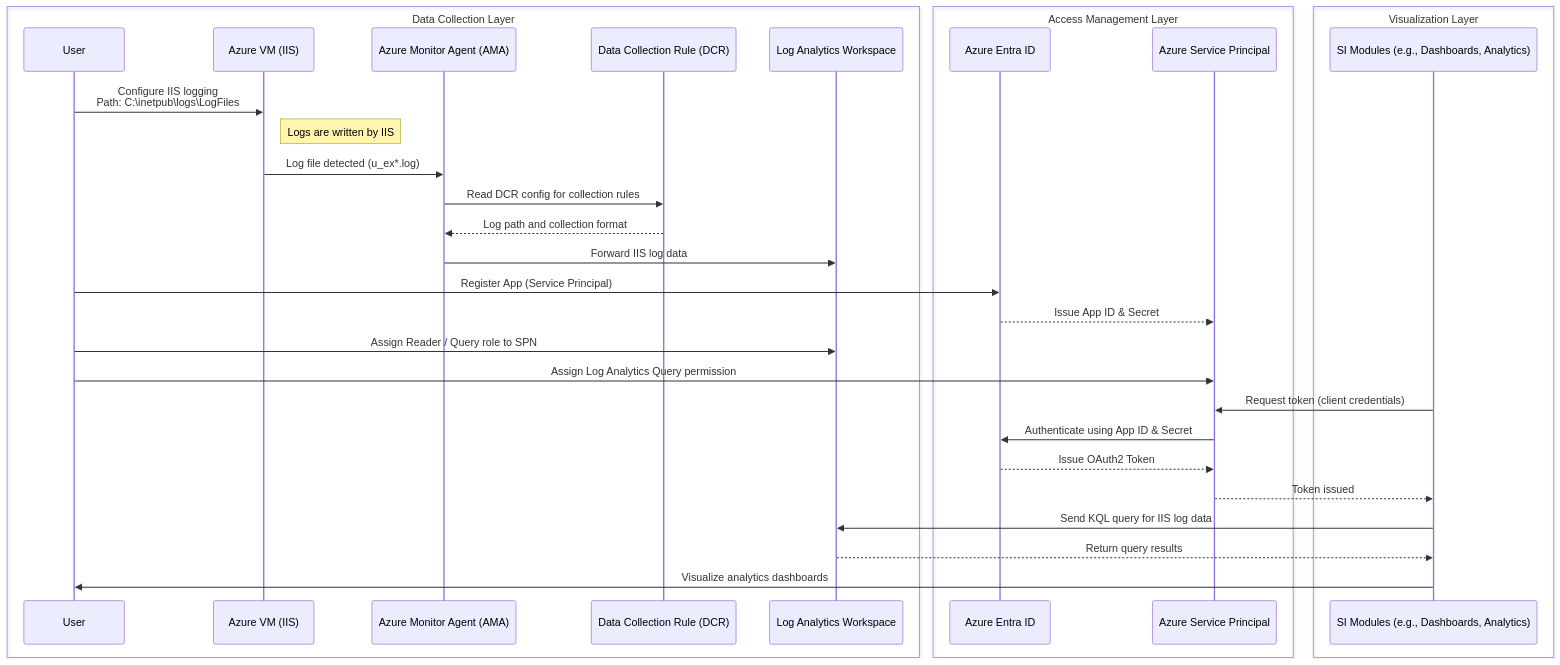
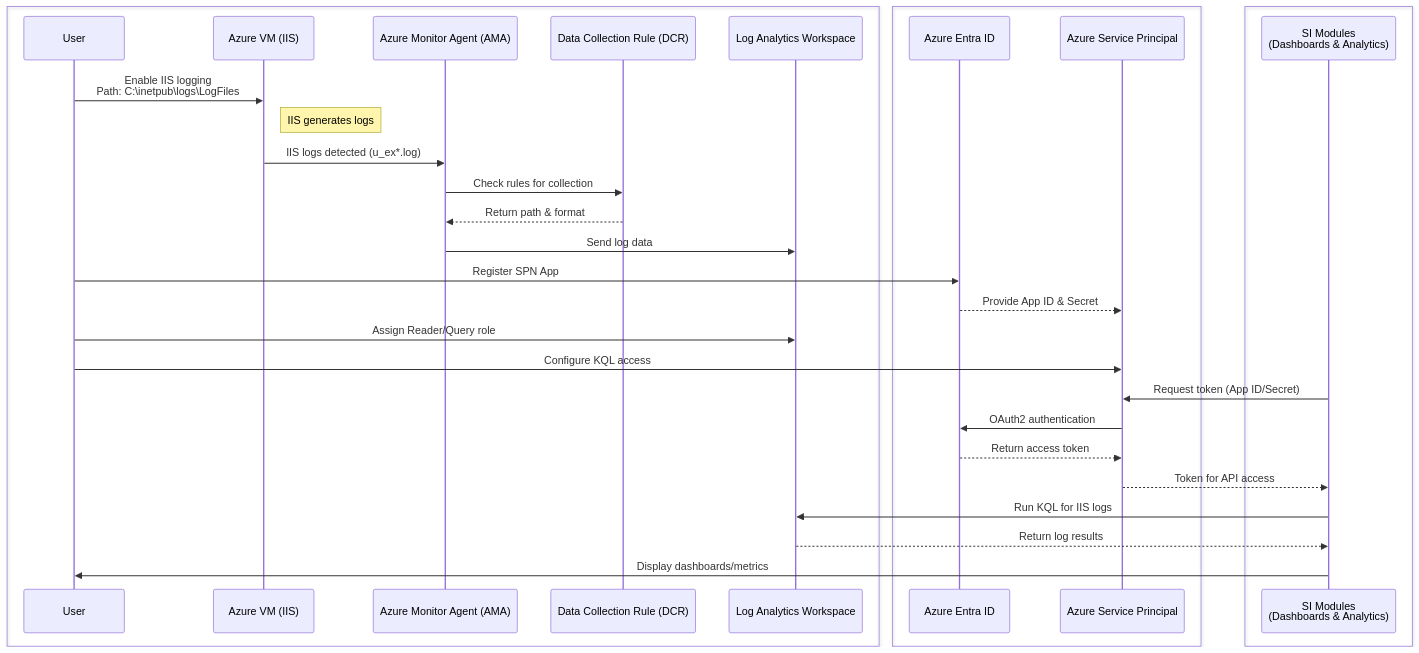
One commit to oigbokwe73/Azure-Policy-On-Resource-Group changed the diagram in README.md. Above: the diagram before and after it, drawn with Mermaid. The commit also changed other lines of this file, not shown here.

````diff
--- a/README.md
+++ b/README.md
@@ -7,53 +14,51 @@
 ```mermaid
 sequenceDiagram
-    %% === Logical Layer: Data Collection ===
-    box Data Collection Layer
+    %% === Data Collection Layer (Green) ===
+    box #e8f5e9:Data Collection Layer
         participant User
         participant VM as Azure VM (IIS)
         participant AMA as Azure Monitor Agent (AMA)
         participant DCR as Data Collection Rule (DCR)
         participant LAW as Log Analytics Workspace
     end
 
-    %% === Logical Layer: Access Management ===
-    box Access Management Layer
+    %% === Access Management Layer (Blue) ===
+    box #e3f2fd:Access Management Layer
         participant Entra as Azure Entra ID
         participant SPN as Azure Service Principal
     end
 
-    %% === Logical Layer: Visualization ===
-    box Visualization Layer
-        participant SI as SI Modules (e.g., Dashboards, Analytics)
+    %% === Visualization Layer (Yellow) ===
+    box #fffde7:Visualization Layer (SI Modules)
+        participant SI as SI Modules<br/>(Dashboards & Analytics)
     end
 
-    %% Step 1: Configure IIS logging
-    User->>VM: Configure IIS logging<br/>Path: C:\inetpub\logs\LogFiles
-    Note right of VM: Logs are written by IIS
+    %% Step 1: IIS logging setup
+    User->>VM: Enable IIS logging<br/>Path: C:\inetpub\logs\LogFiles
+    Note right of VM: IIS generates logs
 
-    %% Step 2: AMA reads IIS logs
-    VM->>AMA: Log file detected (u_ex*.log)
-    AMA->>DCR: Read DCR config for collection rules
-    DCR-->>AMA: Log path and collection format
+    %% Step 2: Log collection via AMA
+    VM->>AMA: IIS logs detected (u_ex*.log)
+    AMA->>DCR: Check rules for collection
+    DCR-->>AMA: Return path & format
+    AMA->>LAW: Send log data
 
-    %% Step 3: AMA sends logs to LAW
-    AMA->>LAW: Forward IIS log data
+    %% Step 3: Register Azure SPN
+    User->>Entra: Register SPN App
+    Entra-->>SPN: Provide App ID & Secret
 
-    %% Step 4: Register Azure Service Principal
-    User->>Entra: Register App (Service Principal)
-    Entra-->>SPN: Issue App ID & Secret
+    %% Step 4: Assign access to LAW
+    User->>LAW: Assign Reader/Query role
+    User->>SPN: Configure KQL access
 
-    %% Step 5: Assign access to SPN
-    User->>LAW: Assign Reader / Query role to SPN
-    User->>SPN: Assign Log Analytics Query permission
+    %% Step 5: Authenticate SI
+    SI->>SPN: Request token (App ID/Secret)
+    SPN->>Entra: OAuth2 authentication
+    Entra-->>SPN: Return access token
+    SPN-->>SI: Token for API access
 
-    %% Step 6: SI Modules Authenticate
-    SI->>SPN: Request token (client credentials)
-    SPN->>Entra: Authenticate using App ID & Secret
-    Entra-->>SPN: Issue OAuth2 Token
-    SPN-->>SI: Token issued
-
-    %% Step 7: Query & Visualize
-    SI->>LAW: Send KQL query for IIS log data
-    LAW-->>SI: Return query results
-    SI->>User: Visualize analytics dashboards
+    %% Step 6: Query and Visualize
+    SI->>LAW: Run KQL for IIS logs
+    LAW-->>SI: Return log results
+    SI->>User: Display dashboards/metrics
 ```
````
